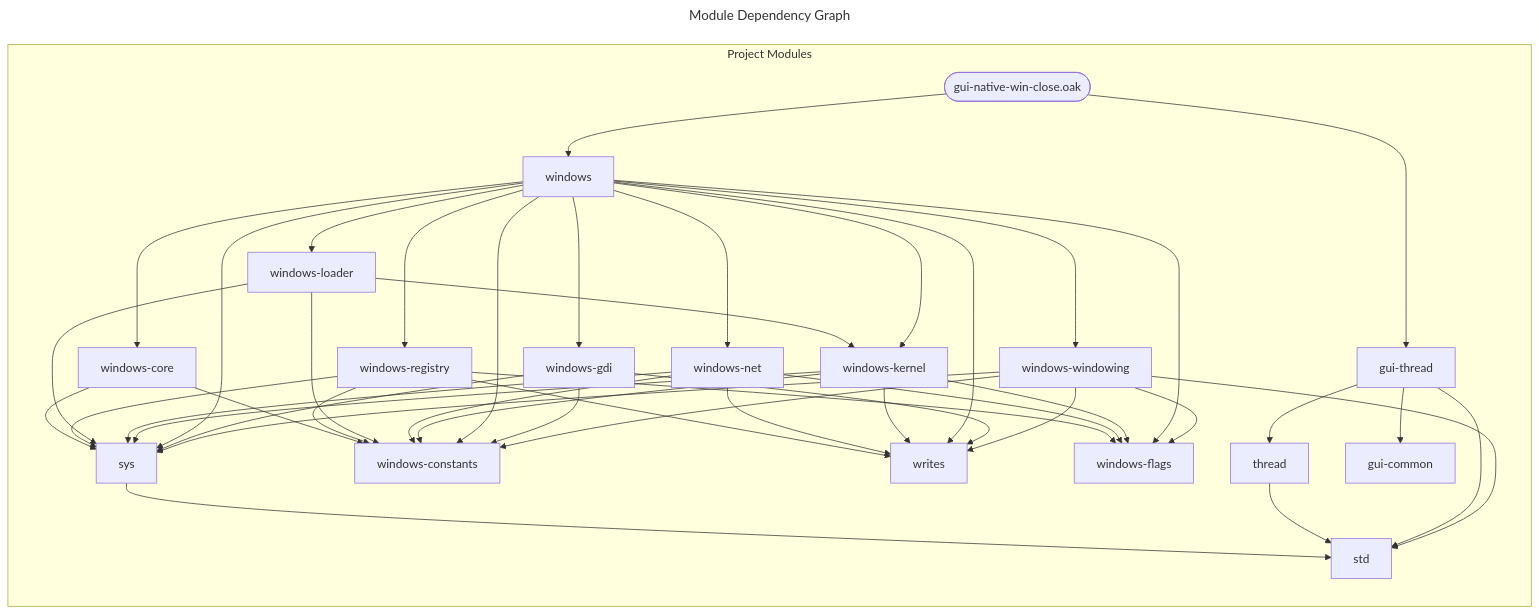
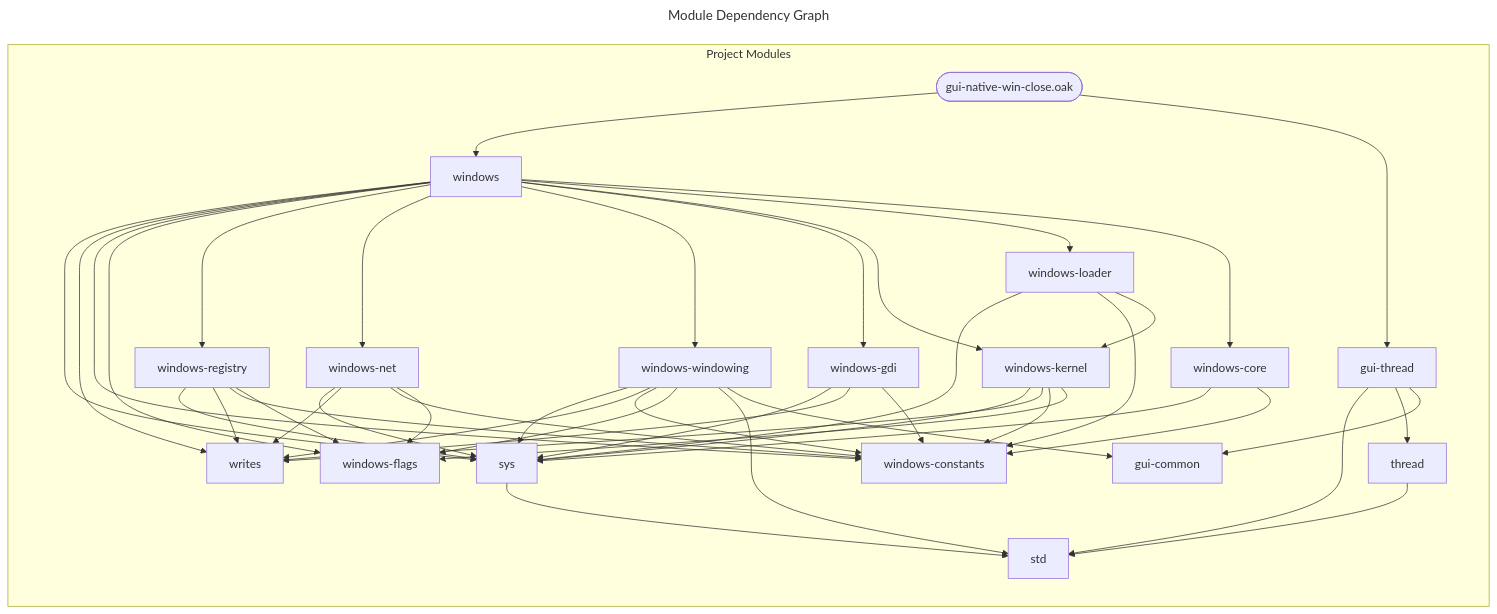
The diagram in docs/spec/gui-native-win-close.mmd (SpcFORK/magnolia), drawn with Mermaid before and after one commit. The commit also changed 607 other files, not shown here.

```diff
--- a/docs/spec/gui-native-win-close.mmd
+++ b/docs/spec/gui-native-win-close.mmd
@@ -1,66 +1,67 @@
 ---
 title: Module Dependency Graph
 ---
 flowchart LR
     subgraph project_modules ["Project Modules"]
+        windows_kernel["windows-kernel"]
+        windows_core["windows-core"]
+        windows_net["windows-net"]
+        std["std"]
+        thread["thread"]
+        windows_flags["windows-flags"]
+        windows_constants["windows-constants"]
+        writes["writes"]
+        windows_gdi["windows-gdi"]
+        windows_loader["windows-loader"]
         sys["sys"]
-        windows_core["windows-core"]
+        windows_windowing["windows-windowing"]
+        gui_common["gui-common"]
+        windows["windows"]
+        lib_gui_native_win_close_oak(["gui-native-win-close.oak"])
         windows_registry["windows-registry"]
-        windows_constants["windows-constants"]
-        thread["thread"]
-        windows_loader["windows-loader"]
-        writes["writes"]
-        gui_common["gui-common"]
-        std["std"]
-        windows_net["windows-net"]
-        windows_flags["windows-flags"]
-        windows_kernel["windows-kernel"]
-        lib_gui_native_win_close_oak(["gui-native-win-close.oak"])
-        windows["windows"]
-        windows_gdi["windows-gdi"]
         gui_thread["gui-thread"]
-        windows_windowing["windows-windowing"]
     end
-    sys --> std
+    windows_kernel --> sys
+    windows_kernel --> writes
+    windows_kernel --> windows_constants
+    windows_kernel --> windows_flags
     windows_core --> sys
     windows_core --> windows_constants
-    windows_registry --> sys
-    windows_registry --> writes
-    windows_registry --> windows_constants
-    windows_registry --> windows_flags
-    thread --> std
-    windows_loader --> sys
-    windows_loader --> windows_constants
-    windows_loader --> windows_kernel
     windows_net --> sys
     windows_net --> writes
     windows_net --> windows_constants
     windows_net --> windows_flags
-    windows_kernel --> sys
-    windows_kernel --> writes
-    windows_kernel --> windows_constants
-    windows_kernel --> windows_flags
-    lib_gui_native_win_close_oak --> windows
-    lib_gui_native_win_close_oak --> gui_thread
+    thread --> std
+    windows_gdi --> sys
+    windows_gdi --> writes
+    windows_gdi --> windows_constants
+    windows_loader --> sys
+    windows_loader --> windows_constants
+    windows_loader --> windows_kernel
+    sys --> std
+    windows_windowing --> sys
+    windows_windowing --> writes
+    windows_windowing --> windows_constants
+    windows_windowing --> windows_flags
+    windows_windowing --> std
+    windows_windowing --> gui_common
     windows --> sys
     windows --> writes
     windows --> windows_constants
     windows --> windows_flags
     windows --> windows_registry
     windows --> windows_net
     windows --> windows_windowing
     windows --> windows_gdi
     windows --> windows_kernel
     windows --> windows_loader
     windows --> windows_core
-    windows_gdi --> sys
-    windows_gdi --> writes
-    windows_gdi --> windows_constants
+    lib_gui_native_win_close_oak --> windows
+    lib_gui_native_win_close_oak --> gui_thread
+    windows_registry --> sys
+    windows_registry --> writes
+    windows_registry --> windows_constants
+    windows_registry --> windows_flags
     gui_thread --> std
     gui_thread --> thread
     gui_thread --> gui_common
-    windows_windowing --> sys
-    windows_windowing --> writes
-    windows_windowing --> windows_constants
-    windows_windowing --> windows_flags
-    windows_windowing --> std
```
